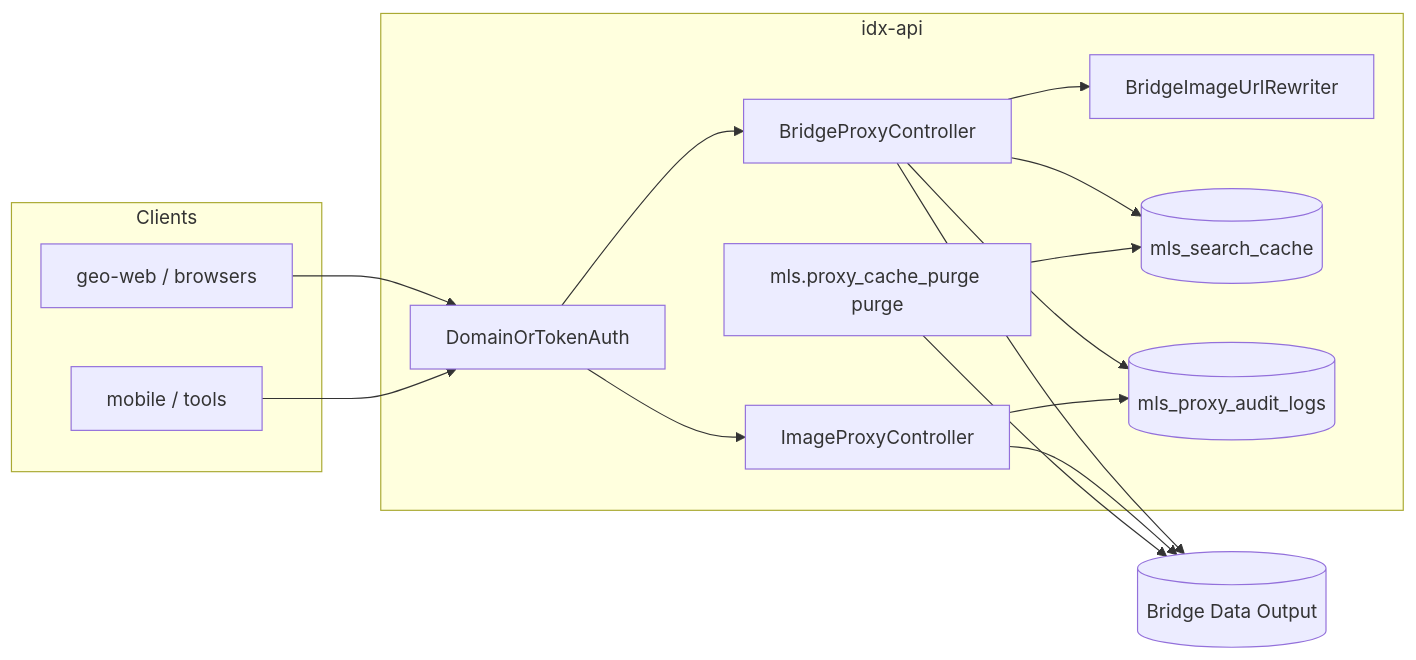
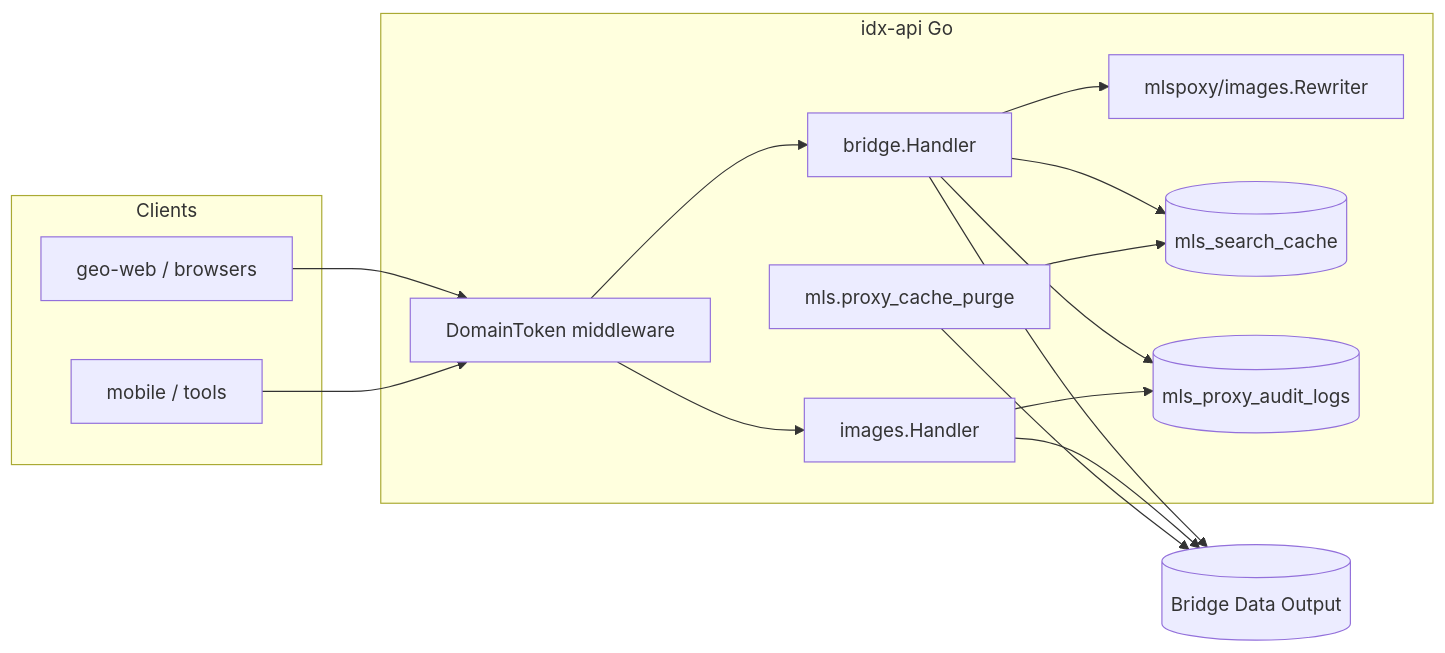
Before and after one commit to jloescher/geo-idx-api: the diagram in docs/idx-api-bridge-proxy.md, drawn with Mermaid. The commit also changed other lines of this file and 17 other files, not shown here.

````diff
--- a/docs/idx-api-bridge-proxy.md
+++ b/docs/idx-api-bridge-proxy.md
@@ -33,30 +33,30 @@
 ```mermaid
 flowchart LR
   subgraph clients [Clients]
     GW[geo-web / browsers]
     MOB[mobile / tools]
   end
-  subgraph idx [idx-api]
-    MW[DomainOrTokenAuth]
-    BC[BridgeProxyController]
-    RW[BridgeImageUrlRewriter]
-    IC[ImageProxyController]
+  subgraph idx [idx-api Go]
+    MW[DomainToken middleware]
+    BC[bridge.Handler]
+    RW[mlspoxy/images.Rewriter]
+    IC[images.Handler]
     CACHE[(mls_search_cache)]
     AUDIT[(mls_proxy_audit_logs)]
-    JOB[mls.proxy_cache_purge purge]
+    JOB[mls.proxy_cache_purge]
   end
   BRIDGE[(Bridge Data Output)]
 
   GW --> MW
   MOB --> MW
   MW --> BC
   MW --> IC
   BC --> RW
   BC --> CACHE
   BC --> BRIDGE
   IC --> BRIDGE
   BC --> AUDIT
   IC --> AUDIT
   JOB --> CACHE
   JOB --> BRIDGE
 ```
````
